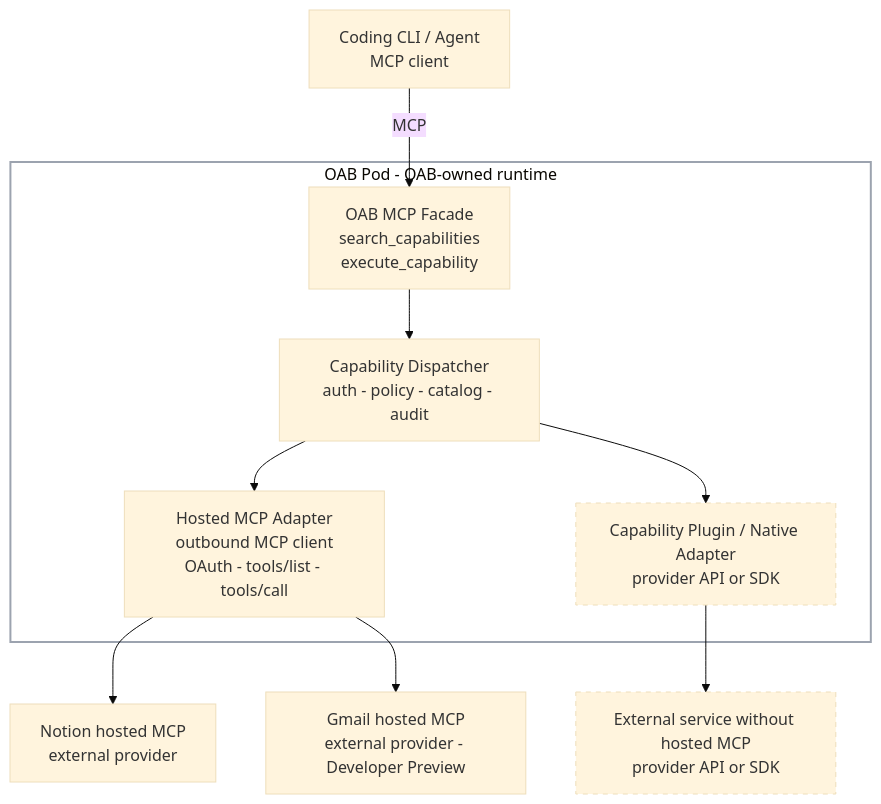
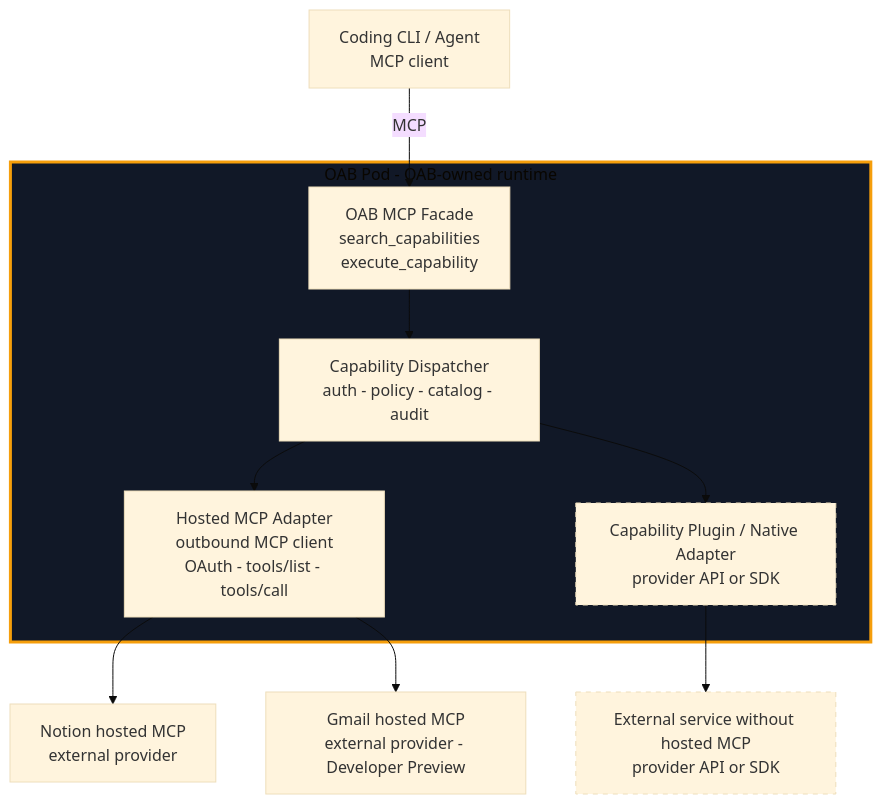
The diagram in docs/adr/oab-mcp-adapter.md (openabdev/openab), drawn with Mermaid (base theme) before and after one commit.

Commit message:
docs(adr): improve pod diagram compatibility

````diff
--- a/docs/adr/oab-mcp-adapter.md
+++ b/docs/adr/oab-mcp-adapter.md
@@ -81,28 +81,28 @@
 ```mermaid
 flowchart TD
     A["Coding CLI / Agent<br/>MCP client"]
 
-    subgraph OAB_POD["OAB Pod - OAB-owned runtime"]
+    subgraph OAB_POD [OAB Pod - OAB-owned runtime]
         F["OAB MCP Facade<br/>search_capabilities<br/>execute_capability"]
         D["Capability Dispatcher<br/>auth - policy - catalog - audit"]
         M["Hosted MCP Adapter<br/>outbound MCP client<br/>OAuth - tools/list - tools/call"]
         P["Capability Plugin / Native Adapter<br/>provider API or SDK"]
 
         F --> D
         D --> M
         D --> P
     end
 
     N["Notion hosted MCP<br/>external provider"]
     G["Gmail hosted MCP<br/>external provider - Developer Preview"]
     X["External service without hosted MCP<br/>provider API or SDK"]
 
     A -->|MCP| F
     M --> N
     M --> G
     P --> X
 
-    style OAB_POD fill:none,stroke:#9ca3af,stroke-width:2px
+    style OAB_POD fill:#111827,stroke:#f59e0b,stroke-width:3px
     style P stroke-dasharray: 5 5
     style X stroke-dasharray: 5 5
 ```
````
